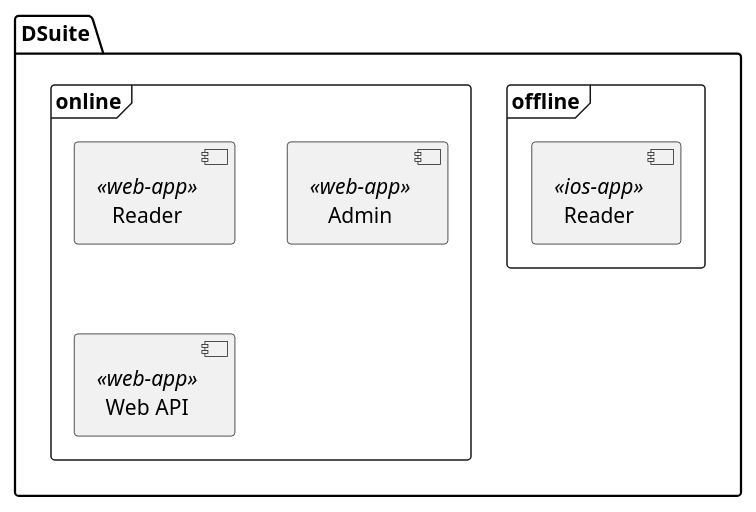
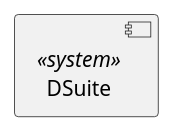
The seventh of 9 diagrams in src/content/docs/includes/common.iuml (petersgiles/silver-octo-architecture), drawn with PlantUML before and after one commit. The commit also changed other lines of this file and 115 other files, not shown here.

```diff
--- a/src/content/docs/includes/common.iuml
+++ b/src/content/docs/includes/common.iuml
@@ -41,13 +41,3 @@
 @startuml(id=sys_dsuite)
-    folder "DSuite" as SYS_DSUITE {
-        frame "offline" as FRM_OFFLINE {
-            component "Reader" <<ios-app>> as APP_MOB_READER
-        }
-
-        frame "online" {
-            component "Reader" <<web-app>> as APP_READER
-            component "Admin" <<web-app>> as APP_ADMIN
-            component "Web API" <<web-app>> as APP_WEB_API
-        }
-    }
+    component "DSuite" <<system>> as SYS_DSUITE 
 @enduml
```
